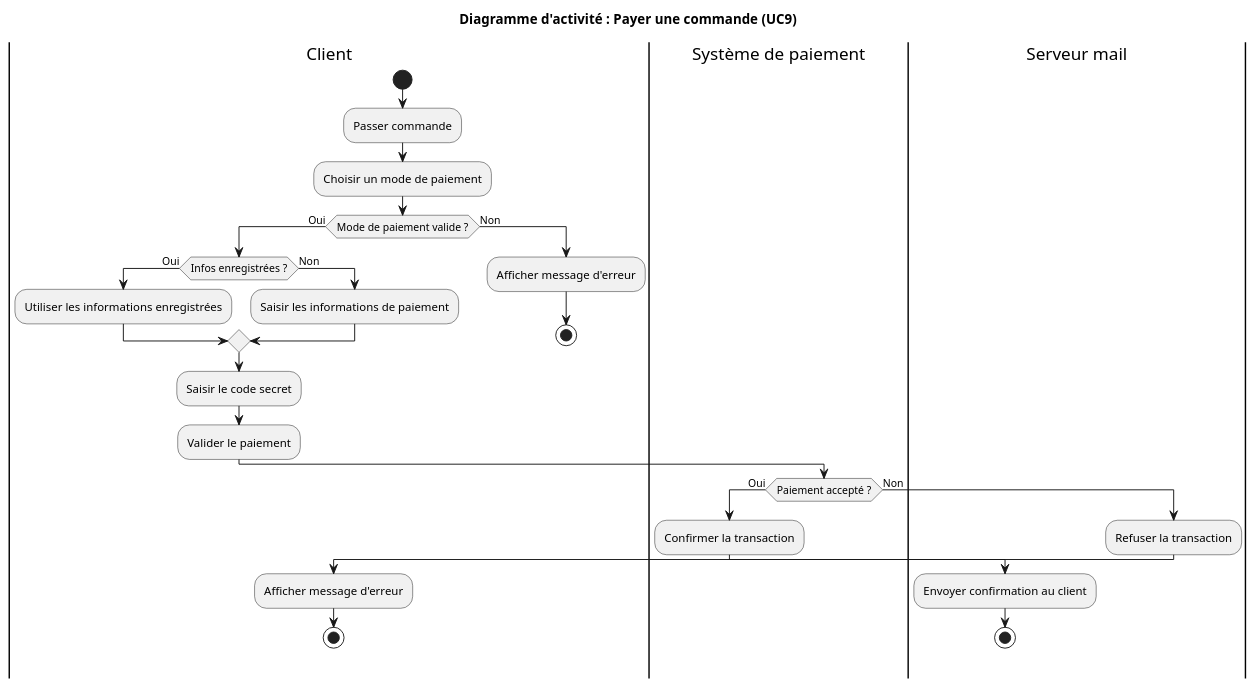
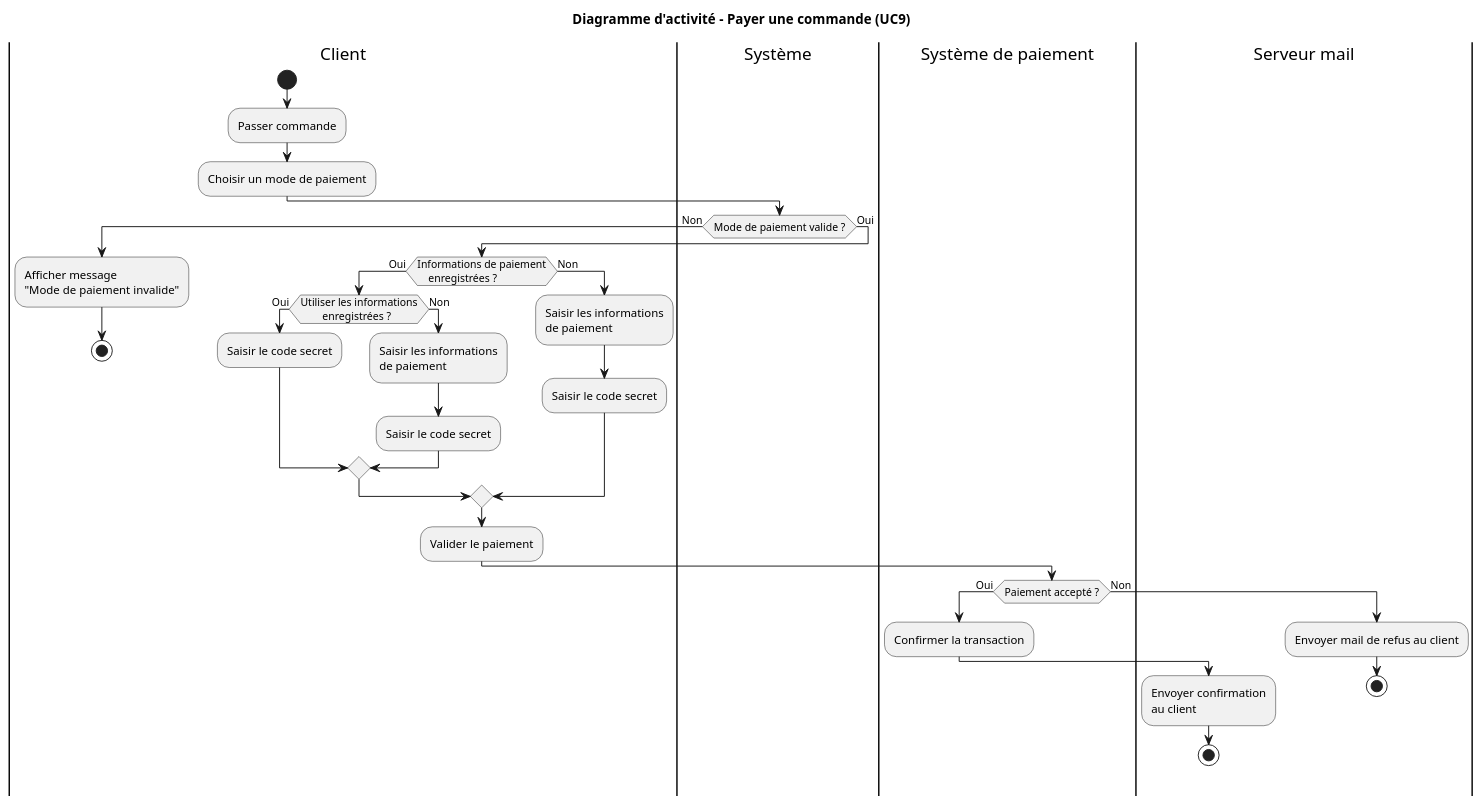
Before and after one commit to SkatDoesArt/ScentMeIFYouCan: the diagram in R303-Analyse/DA_swimlanes/DA_payer_commande.puml, drawn with PlantUML. The commit also changed 1 other file, not shown here.

```diff
--- a/R303-Analyse/DA_swimlanes/DA_payer_commande.puml
+++ b/R303-Analyse/DA_swimlanes/DA_payer_commande.puml
@@ -1,38 +1,55 @@
 @startuml
-title Diagramme d'activité : Payer une commande (UC9)
+title Diagramme d'activité – Payer une commande (UC9)
 
 |Client|
 start
 :Passer commande;
 :Choisir un mode de paiement;
 
-if (Mode de paiement valide ?) then (Oui)
-    if (Infos enregistrées ?) then (Oui)
-        :Utiliser les informations enregistrées;
+|Système|
+if (Mode de paiement valide ?) then (Non)
+    |Client|
+    :Afficher message
+    "Mode de paiement invalide";
+    stop
+else (Oui)
+
+    if (Informations de paiement
+    enregistrées ?) then (Oui)
+
+        |Client|
+        if (Utiliser les informations
+        enregistrées ?) then (Oui)
+            :Saisir le code secret;
+        else (Non)
+            :Saisir les informations
+            de paiement;
+            :Saisir le code secret;
+        endif
+
     else (Non)
-        :Saisir les informations de paiement;
+        |Client|
+        :Saisir les informations
+        de paiement;
+        :Saisir le code secret;
     endif
-    :Saisir le code secret;
+
+    |Client|
     :Valider le paiement;
 
     |Système de paiement|
     if (Paiement accepté ?) then (Oui)
         :Confirmer la transaction;
 
         |Serveur mail|
-        :Envoyer confirmation au client;
+        :Envoyer confirmation
+        au client;
         stop
     else (Non)
-        :Refuser la transaction;
-
-        |Client|
-        :Afficher message d'erreur;
+        :Envoyer mail de refus au client;
         stop
     endif
 
-else (Non)
-    :Afficher message d'erreur;
-    stop
 endif
 
 @enduml
```
